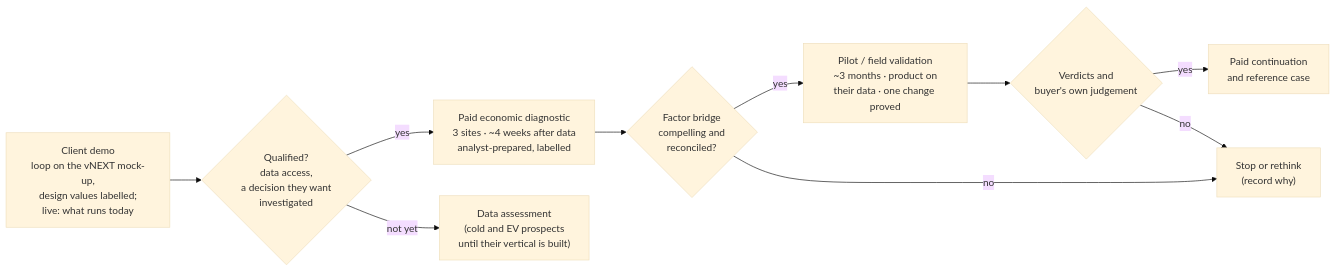
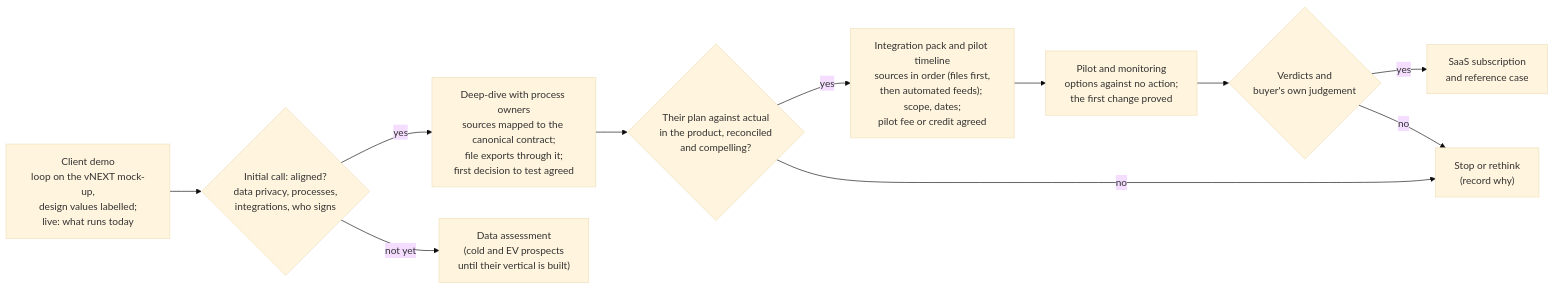
The fourth of 9 diagrams in Docs/demo-sprint/product-direction-layer4/product-transition-and-roadmap.md (bineyame/AssetOpsV1), drawn with Mermaid (base theme) before and after one commit. The commit also changed other lines of this file and 16 other files, not shown here.

First line of the commit message:
Layer 4 pack: owner's D1 engagement path (call, deep-dive, integration pack, pilot, SaaS); D13, D14 adopted; D15 pending

````diff
--- a/Docs/demo-sprint/product-direction-layer4/product-transition-and-roadmap.md
+++ b/Docs/demo-sprint/product-direction-layer4/product-transition-and-roadmap.md
@@ -160,12 +162,13 @@
 ```mermaid
 flowchart LR
-  D["Client demo<br/>loop on the vNEXT mock-up,<br/>design values labelled;<br/>live: what runs today"] --> Q{"Qualified?<br/>data access,<br/>a decision they want<br/>investigated"}
-  Q -- yes --> DG["Paid economic diagnostic<br/>3 sites · ~4 weeks after data<br/>analyst-prepared, labelled"]
-  Q -- "not yet" --> DA["Data assessment<br/>(cold and EV prospects<br/>until their vertical is built)"]
-  DG --> G1{"Factor bridge<br/>compelling and<br/>reconciled?"}
-  G1 -- yes --> PI["Pilot / field validation<br/>~3 months · product on<br/>their data · one change proved"]
+  D["Client demo<br/>loop on the vNEXT mock-up,<br/>design values labelled;<br/>live: what runs today"] --> C{"Initial call: aligned?<br/>data privacy, processes,<br/>integrations, who signs"}
+  C -- yes --> DD["Deep-dive with process owners<br/>sources mapped to the canonical contract;<br/>file exports through it;<br/>first decision to test agreed"]
+  C -- "not yet" --> DA["Data assessment<br/>(cold and EV prospects<br/>until their vertical is built)"]
+  DD --> G1{"Their plan against actual<br/>in the product, reconciled<br/>and compelling?"}
+  G1 -- yes --> IP["Integration pack and pilot timeline<br/>sources in order (files first,<br/>then automated feeds); scope, dates;<br/>pilot fee or credit agreed"]
   G1 -- no --> R["Stop or rethink<br/>(record why)"]
+  IP --> PI["Pilot and monitoring<br/>options against no action;<br/>the first change proved"]
   PI --> G2{"Verdicts and<br/>buyer's own judgement"}
-  G2 -- yes --> SUB["Paid continuation<br/>and reference case"]
+  G2 -- yes --> SUB["SaaS subscription<br/>and reference case"]
   G2 -- no --> R
 ```
````
